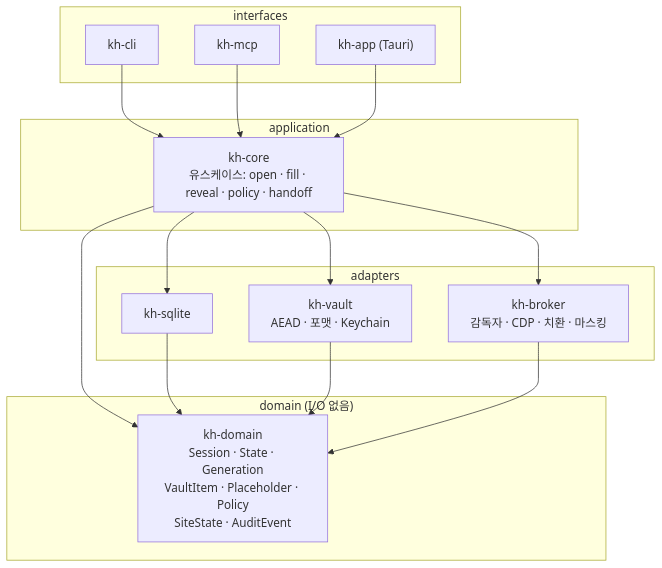
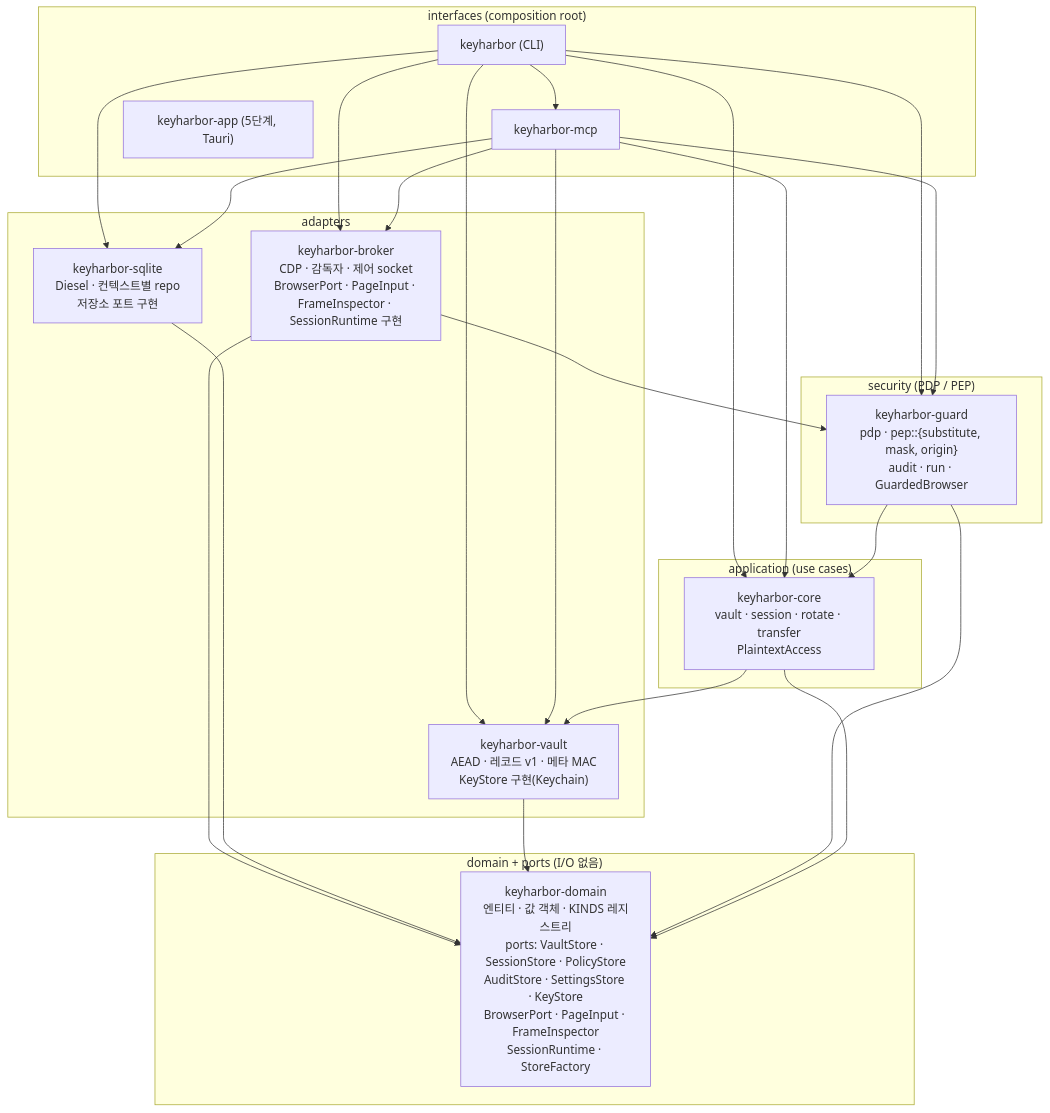
Before and after one commit to LeeSwallow/KeyHarbor: the third of 17 diagrams in docs/design/02-system-architecture.md, drawn with Mermaid. The commit also changed other lines of this file and 8 other files, not shown here.

First line of the commit message:
docs: hexagonal architecture and guard security layer

````diff
--- a/docs/design/02-system-architecture.md
+++ b/docs/design/02-system-architecture.md
@@ -78,23 +82,28 @@
 ```mermaid
 flowchart TB
-  subgraph interfaces["interfaces"]
-    c_cli["kh-cli"]
-    c_mcp["kh-mcp"]
-    c_app["kh-app (Tauri)"]
-  end
-  subgraph application["application"]
-    c_core["kh-core<br/>유스케이스: open · fill · reveal · policy · handoff"]
-  end
-  subgraph domain["domain (I/O 없음)"]
-    c_dom["kh-domain<br/>Session · State · Generation<br/>VaultItem · Placeholder · Policy<br/>SiteState · AuditEvent"]
+  subgraph interfaces["interfaces (composition root)"]
+    cli["keyharbor (CLI)"]
+    mcp["keyharbor-mcp"]
+    app["keyharbor-app (5단계, Tauri)"]
   end
   subgraph adapters["adapters"]
-    c_sql["kh-sqlite"]
-    c_vault["kh-vault<br/>AEAD · 포맷 · Keychain"]
-    c_broker["kh-broker<br/>감독자 · CDP · 치환 · 마스킹"]
+    broker["keyharbor-broker<br/>CDP · 감독자 · 제어 socket<br/>BrowserPort · PageInput · FrameInspector · SessionRuntime 구현"]
+    sqlite["keyharbor-sqlite<br/>Diesel · 컨텍스트별 repo<br/>저장소 포트 구현"]
+    vault["keyharbor-vault<br/>AEAD · 레코드 v1 · 메타 MAC<br/>KeyStore 구현(Keychain)"]
   end
-  c_cli & c_mcp & c_app --> c_core
-  c_core --> c_dom
-  c_sql & c_vault & c_broker --> c_dom
-  c_core --> c_sql & c_vault & c_broker
+  subgraph security["security (PDP / PEP)"]
+    guard["keyharbor-guard<br/>pdp · pep::{substitute, mask, origin}<br/>audit · run · GuardedBrowser"]
+  end
+  subgraph application["application (use cases)"]
+    core["keyharbor-core<br/>vault · session · rotate · transfer<br/>PlaintextAccess"]
+  end
+  subgraph domain["domain + ports (I/O 없음)"]
+    dom["keyharbor-domain<br/>엔티티 · 값 객체 · KINDS 레지스트리<br/>ports: VaultStore · SessionStore · PolicyStore<br/>AuditStore · SettingsStore · KeyStore<br/>BrowserPort · PageInput · FrameInspector<br/>SessionRuntime · StoreFactory"]
+  end
+  cli --> mcp & broker & sqlite & vault & guard & core
+  mcp --> broker & sqlite & vault & guard & core
+  broker --> guard
+  guard --> core
+  core --> vault
+  broker & sqlite & vault & guard & core --> dom
 ```
````
